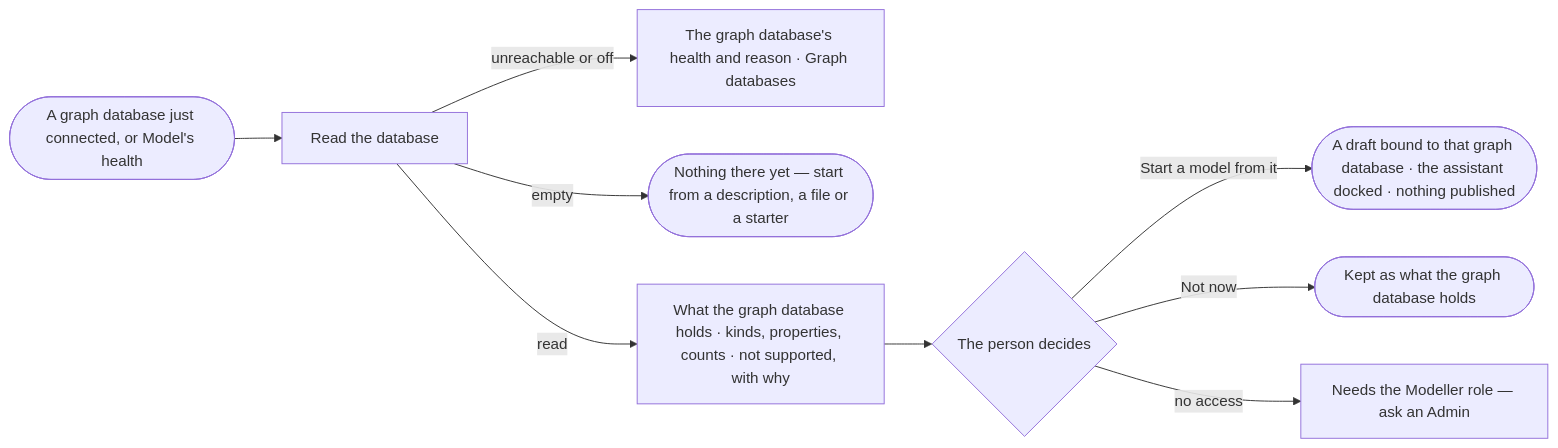
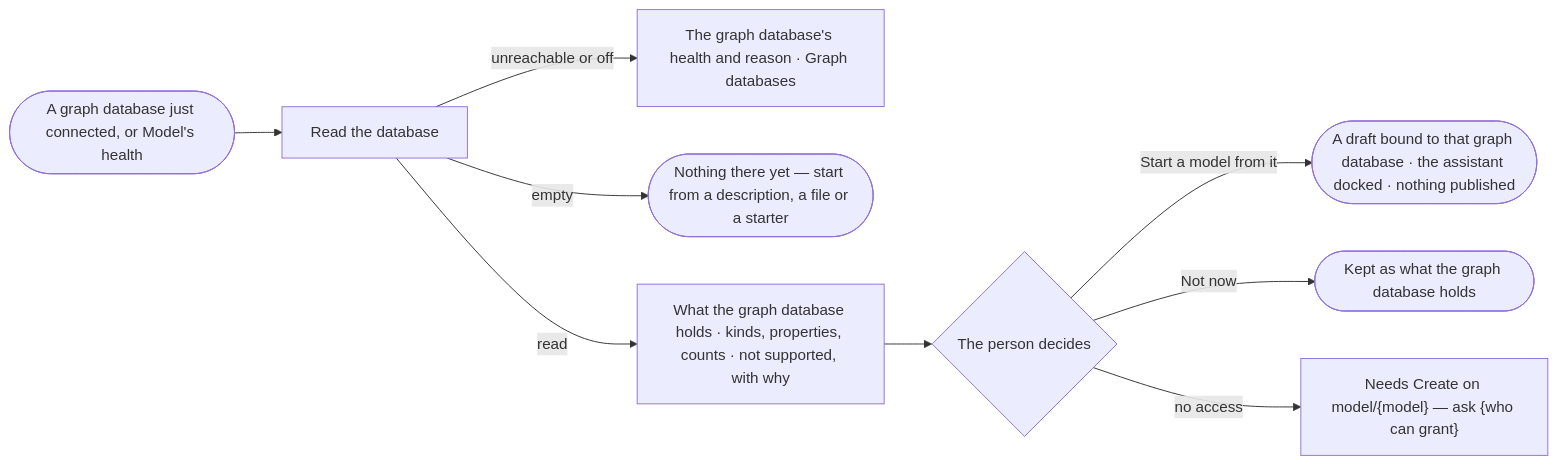
One commit to invana/invana changed the diagram in specs/capabilities/semantics/features/SE-F01-start-a-model/stories/SE-04-draft-a-model-from-the-database/story.md. Above: the diagram before and after it, drawn with Mermaid. The commit also changed other lines of this file and 228 other files, not shown here.

````diff
--- a/specs/capabilities/semantics/features/SE-F01-start-a-model/stories/SE-04-draft-a-model-from-the-database/story.md
+++ b/specs/capabilities/semantics/features/SE-F01-start-a-model/stories/SE-04-draft-a-model-from-the-database/story.md
@@ -26,11 +26,11 @@
 ```mermaid
 flowchart LR
   a([A graph database just connected, or Model's health]) --> r["Read the database"]
   r -->|unreachable or off| u["The graph database's health and reason · Graph databases"]
   r -->|empty| e(["Nothing there yet — start from a description, a file or a starter"])
   r -->|read| m["What the graph database holds · kinds, properties, counts · not supported, with why"]
   m --> d{The person decides}
   d -->|Start a model from it| dr(["A draft bound to that graph database · the assistant docked · nothing published"])
   d -->|Not now| k(["Kept as what the graph database holds"])
-  d -->|no access| na["Needs the Modeller role — ask an Admin"]
+  d -->|no access| na["Needs Create on model/{model} — ask {who can grant}"]
 ```
````
